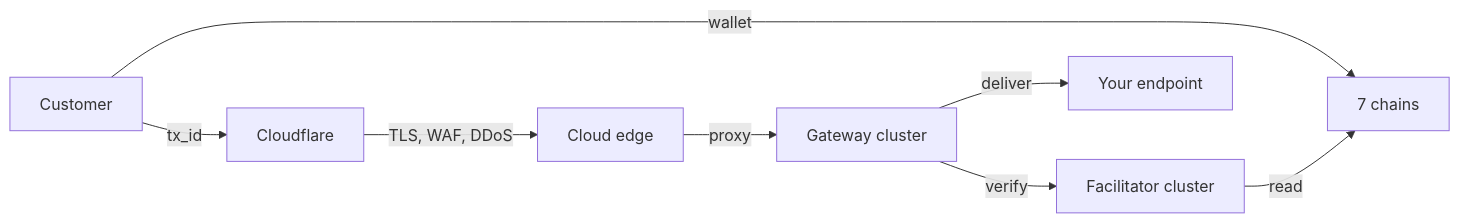
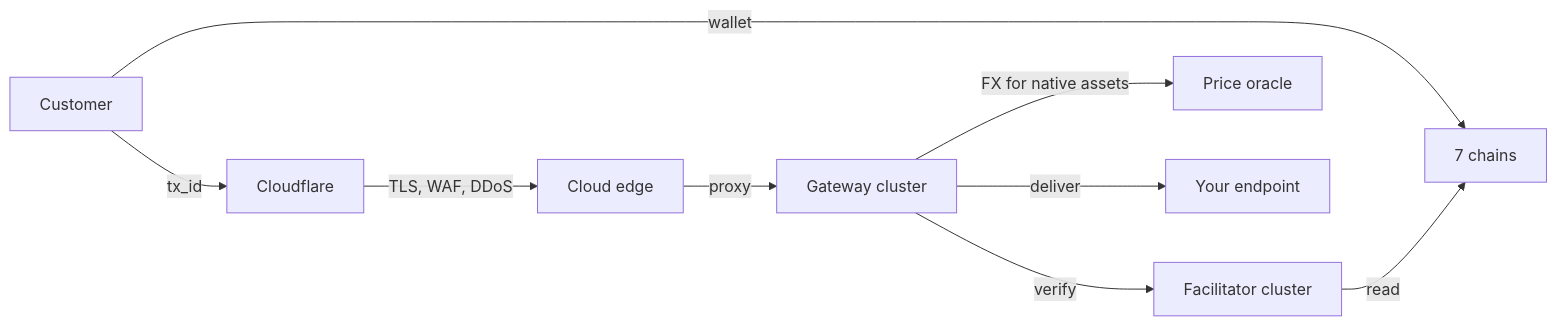
The diagram in concepts/architecture.mdx (chopmob-cloud/docs), drawn with Mermaid before and after one commit. The commit also changed other lines of this file, not shown here.

Commit message:
docs(architecture): add price oracle to topology and diagram

````diff
--- a/concepts/architecture.mdx
+++ b/concepts/architecture.mdx
@@ -8,10 +8,11 @@
 ```mermaid
 flowchart LR
   Customer -->|wallet| Chain[7 chains]
   Customer -->|tx_id| CF[Cloudflare]
   CF -->|TLS, WAF, DDoS| Edge[Cloud edge]
   Edge -->|proxy| Gateway[Gateway cluster]
   Gateway -->|verify| Facilitator[Facilitator cluster]
   Facilitator -->|read| Chain
+  Gateway -->|FX for native assets| Oracle[Price oracle]
   Gateway -->|deliver| Tenant[Your endpoint]
 ```
````
